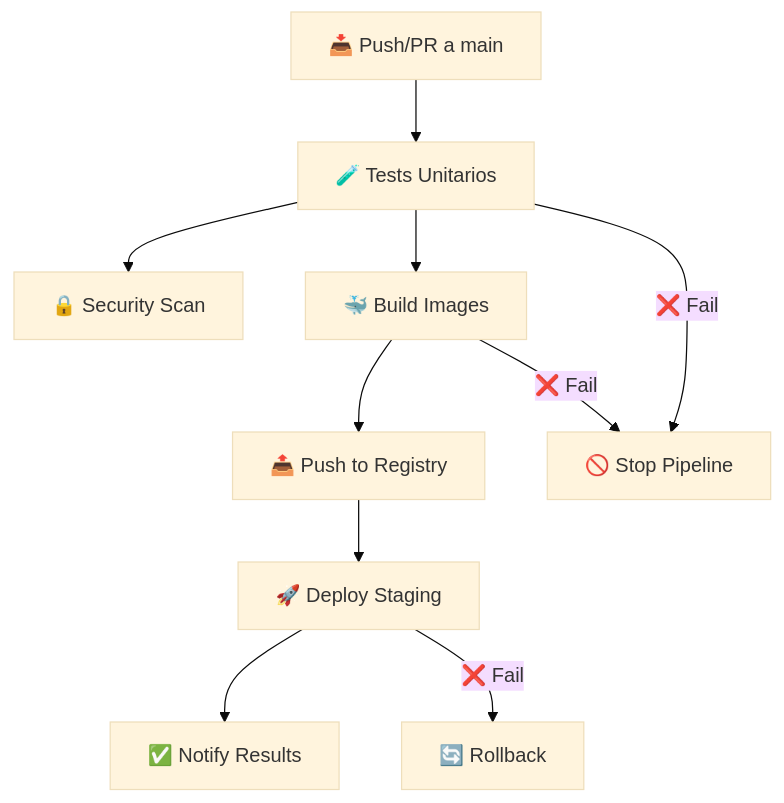
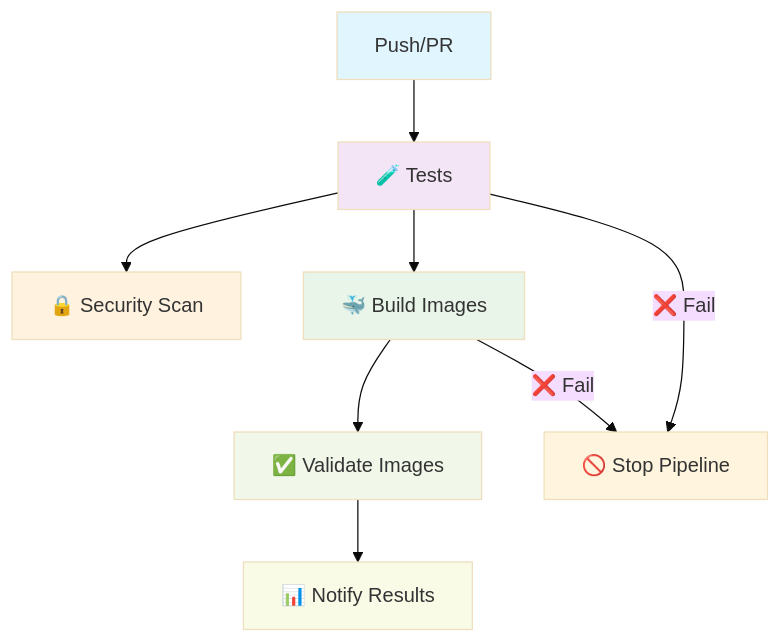
One commit to carballod/todo-app-seen changed the diagram in docs/CI-CD-PIPELINE.md. Above: the diagram before and after it, drawn with Mermaid (base theme). The commit also changed other lines of this file, not shown here.

Commit message:
Actualiza la documentacion del pipeline

````diff
--- a/docs/CI-CD-PIPELINE.md
+++ b/docs/CI-CD-PIPELINE.md
@@ -11,13 +9,18 @@
 ```mermaid
 graph TD
-    A[📥 Push/PR a main] --> B[🧪 Tests Unitarios]
+    A[Push/PR] --> B[🧪 Tests]
     B --> C[🔒 Security Scan]
     B --> D[🐳 Build Images]
-    D --> E[📤 Push to Registry]
-    E --> F[🚀 Deploy Staging]
-    F --> G[✅ Notify Results]
+    D --> E[✅ Validate Images]
+    E --> F[📊 Notify Results]
 
-    B -->|❌ Fail| H[🚫 Stop Pipeline]
-    D -->|❌ Fail| H
-    F -->|❌ Fail| I[🔄 Rollback]
+    B -->|❌ Fail| G[🚫 Stop Pipeline]
+    D -->|❌ Fail| G
+
+    style A fill:#e1f5fe
+    style B fill:#f3e5f5
+    style C fill:#fff3e0
+    style D fill:#e8f5e8
+    style E fill:#f1f8e9
+    style F fill:#f9fbe7
 ```
````
